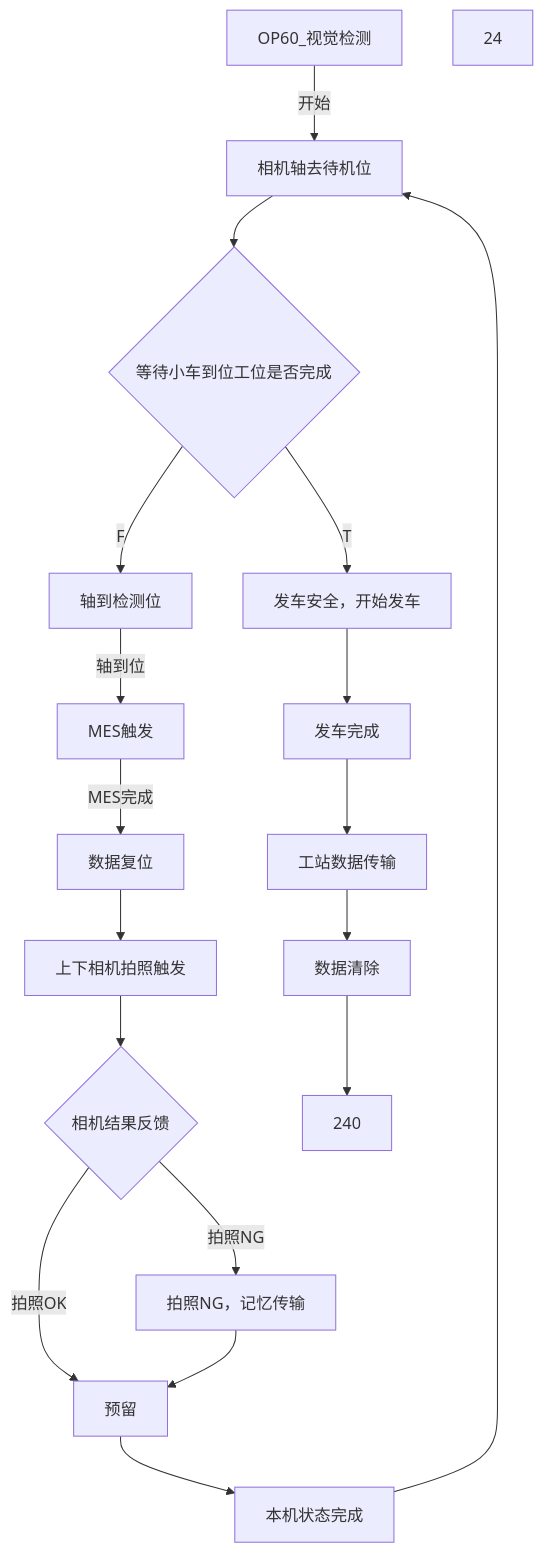
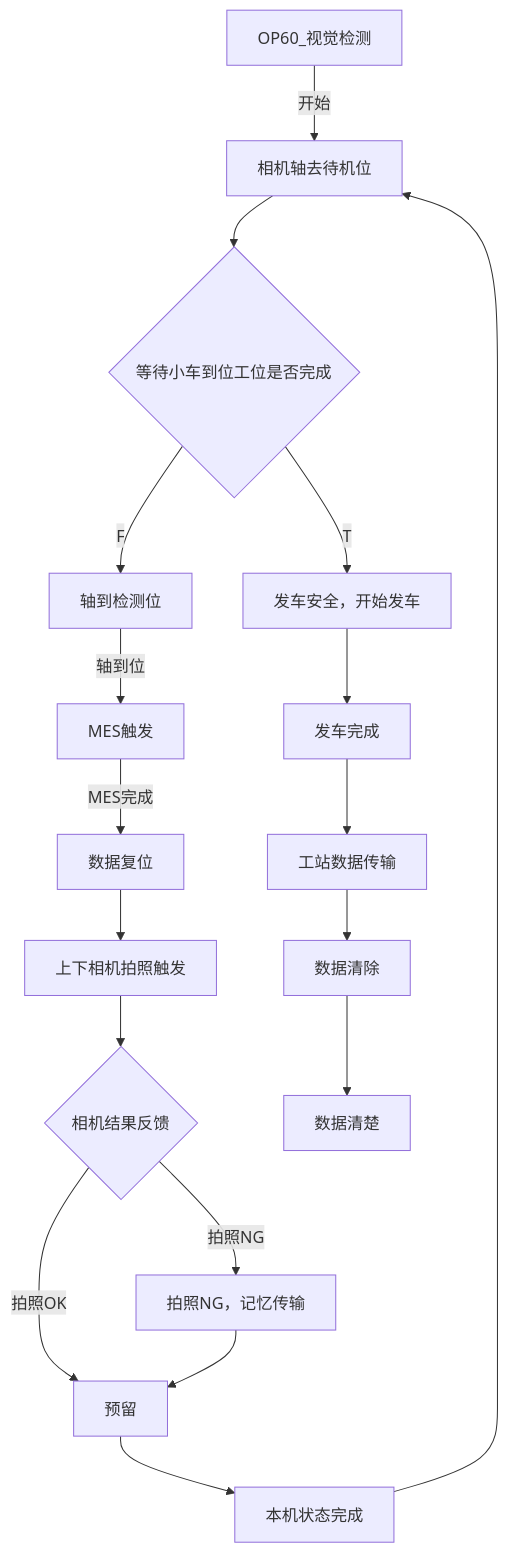
One commit to zmq000/iodraw-files changed the diagram in all/OP60_视觉检测工位1-2.md. Above: the diagram before and after it, drawn with Mermaid.

Commit message:
2026-06-30 19:56:37 update

````diff
--- a/all/OP60_视觉检测工位1-2.md
+++ b/all/OP60_视觉检测工位1-2.md
@@ -1,21 +1,21 @@
 ```mermaid
 graph TD
    0[OP60_视觉检测]-->|开始|10
    10[相机轴去待机位]-->20
    20{等待小车到位工位是否完成}-->|F|100
    20-->|T|200
    100[轴到检测位]-->|轴到位|105
    105[MES触发]-->|MES完成|110
    110[数据复位]-->120
    120[上下相机拍照触发]-->130
    130{相机结果反馈}-->|拍照NG|140
    130-->|拍照OK|150
    140[拍照NG，记忆传输]-->150
    150[预留]-->160
    160[本机状态完成]-->10
    200[发车安全，开始发车]-->210
    210[发车完成]-->220
    220[工站数据传输]-->230
    230[数据清除]-->240
-   24
+   240[数据清楚]
 ```
````
